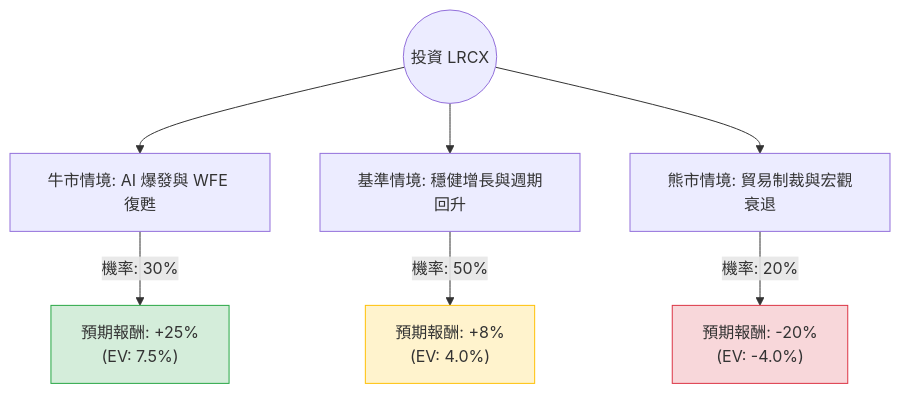
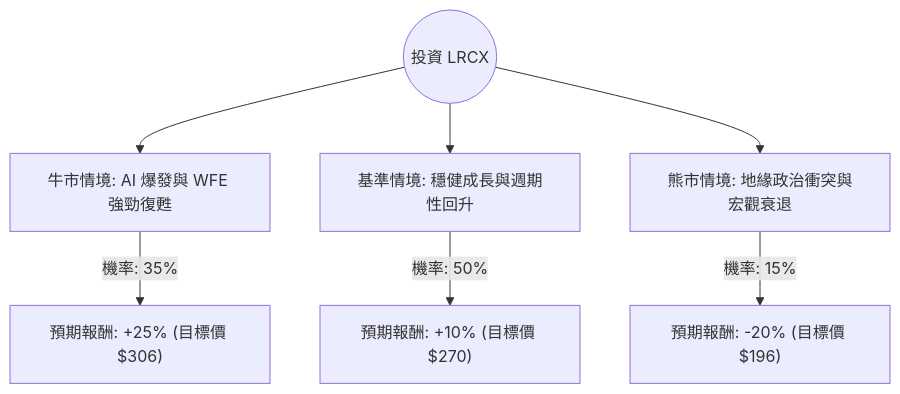
Before and after one commit to zmcx16/zmcx16.github.io: the diagram in plugin-react/ai-analysis/ev-analysis/LRCX.md, drawn with Mermaid. The commit also changed other lines of this file and 76 other files, not shown here.

````diff
--- a/plugin-react/ai-analysis/ev-analysis/LRCX.md
+++ b/plugin-react/ai-analysis/ev-analysis/LRCX.md
@@ -14,14 +20,10 @@
 ```mermaid
 graph TD
-    Start((投資 LRCX)) --> Bull[牛市情境: AI 爆發與 WFE 復甦]
-    Start --> Base[基準情境: 穩健增長與週期回升]
-    Start --> Bear[熊市情境: 貿易制裁與宏觀衰退]
+    Start((投資 LRCX)) --> Bull[牛市情境: AI 爆發與 WFE 強勁復甦]
+    Start --> Base[基準情境: 穩健成長與週期性回升]
+    Start --> Bear[熊市情境: 地緣政治衝突與宏觀衰退]
 
-    Bull -- "機率: 30%" --> BullResult["預期報酬: +25% <br/> (EV: 7.5%)"]
-    Base -- "機率: 50%" --> BaseResult["預期報酬: +8% <br/> (EV: 4.0%)"]
-    Bear -- "機率: 20%" --> BearResult["預期報酬: -20% <br/> (EV: -4.0%)"]
-
-    style BullResult fill:#d4edda,stroke:#28a745
-    style BaseResult fill:#fff3cd,stroke:#ffc107
-    style BearResult fill:#f8d7da,stroke:#dc3545
+    Bull -- "機率: 35%" --> BullResult["預期報酬: +25% (目標價 $306)"]
+    Base -- "機率: 50%" --> BaseResult["預期報酬: +10% (目標價 $270)"]
+    Bear -- "機率: 15%" --> BearResult["預期報酬: -20% (目標價 $196)"]
 ```
````
